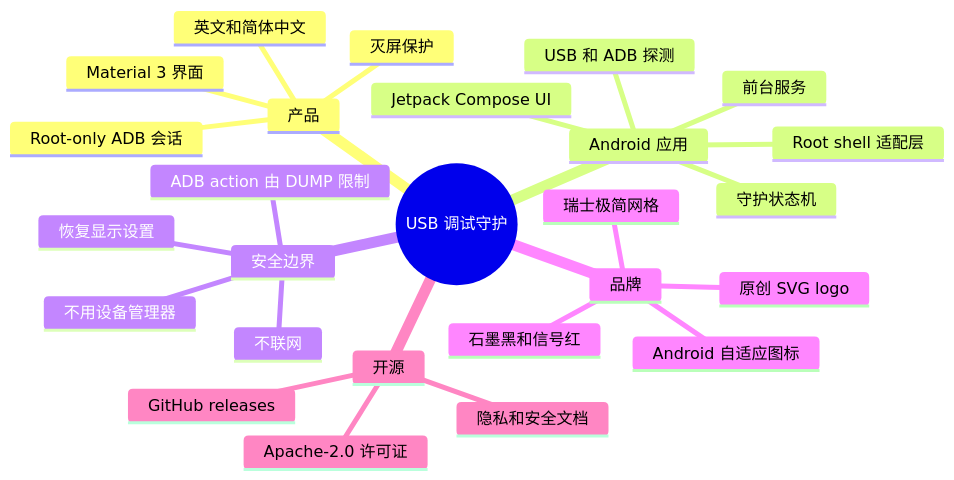
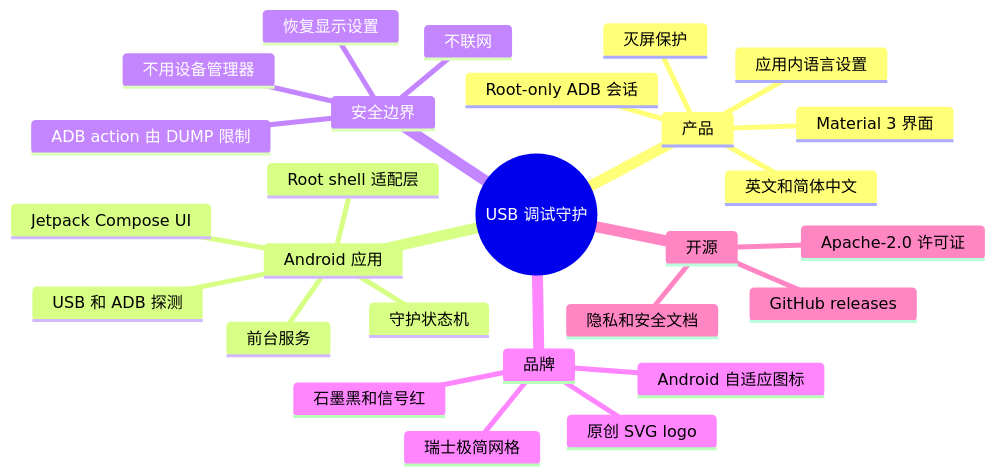
Before and after one commit to Nongfsq/usb-debug-guard: the diagram in README.zh-CN.md, drawn with Mermaid. The commit also changed other lines of this file and 17 other files, not shown here.

````diff
--- a/README.zh-CN.md
+++ b/README.zh-CN.md
@@ -34,29 +34,30 @@
 ```mermaid
 mindmap
   root((USB 调试守护))
     产品
       Root-only ADB 会话
       灭屏保护
       Material 3 界面
       英文和简体中文
+      应用内语言设置
     Android 应用
       Jetpack Compose UI
       前台服务
       守护状态机
       USB 和 ADB 探测
       Root shell 适配层
     安全边界
       不用设备管理器
       不联网
       恢复显示设置
       ADB action 由 DUMP 限制
     品牌
       原创 SVG logo
       瑞士极简网格
       石墨黑和信号红
       Android 自适应图标
     开源
       Apache-2.0 许可证
       隐私和安全文档
       GitHub releases
 ```
````
